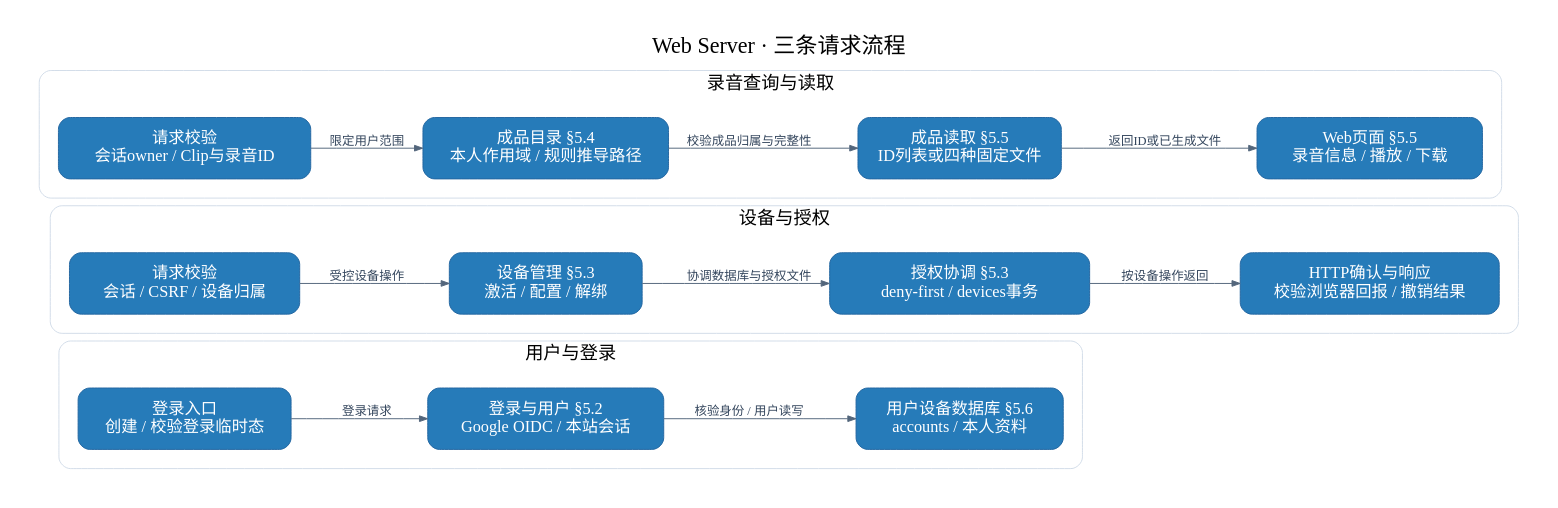
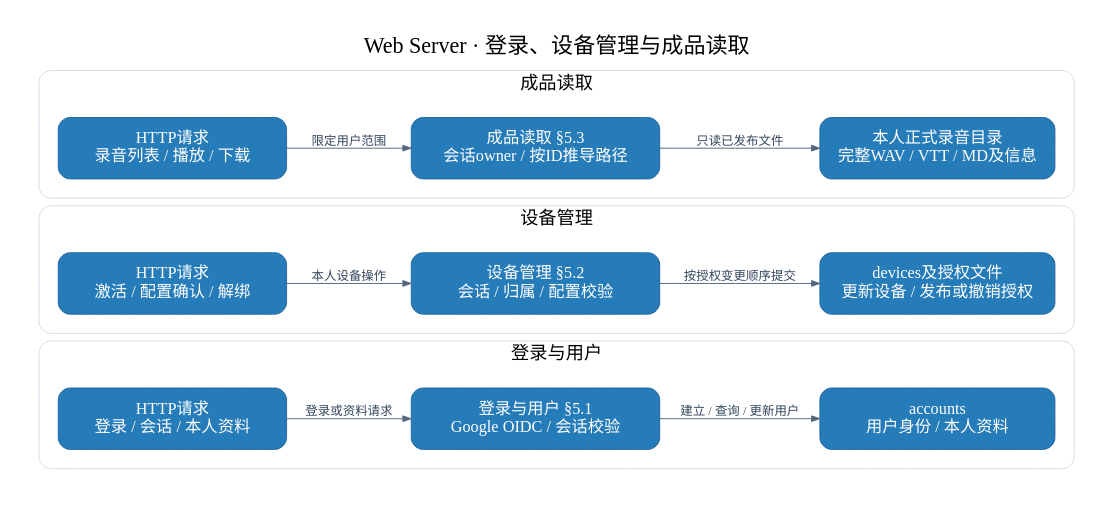
One commit to boboliu-1010/speaker changed the diagram in docs/assets/diagrams/10-web-components.dot. Above: the diagram before and after it, drawn with Graphviz. The commit also changed 2 other files, not shown here.

Commit message:
docs: simplify Web modules to login devices and finished recordings

```diff
--- a/docs/assets/diagrams/10-web-components.dot
+++ b/docs/assets/diagrams/10-web-components.dot
@@ -1,30 +1,35 @@
 digraph G {
-graph [rankdir=LR, bgcolor="white", pad="0.35", nodesep="0.45", ranksep="0.55", splines=line, fontname="PingFang SC", fontsize=23, labelloc=t, label="Web Server · 三条请求流程"];
+graph [rankdir=LR, bgcolor="white", pad="0.35", nodesep="0.45", ranksep="0.55", splines=line, fontname="PingFang SC", fontsize=23, labelloc=t, label="Web Server · 登录、设备管理与成品读取"];
 node [shape=box, style="rounded,filled", fillcolor="#267bb9", color="#2366a0", fontcolor=white, fontname="PingFang SC", fontsize=17, margin="0.22,0.18"];
 edge [fontname="PingFang SC", fontsize=13, color="#53667c", fontcolor="#34465d", arrowsize=0.85];
-subgraph cluster_0 { label="用户与登录"; color="#d1dce8"; style=rounded; fontsize=19; margin=20;
-auth_api [width=3.09, label="登录入口\n创建 / 校验登录临时态"];
-user [width=3.41, label="登录与用户 §5.2\nGoogle OIDC / 本站会话"];
-account [width=3.00, label="用户设备数据库 §5.6\naccounts / 本人资料"];
-auth_api -> user [label="登录请求"];
-user -> account [label="核验身份 / 用户读写"];
+subgraph cluster_0 { label="登录与用户"; color="#d1dce8"; style=rounded; fontsize=19; margin=20;
+auth_api [width=3.30, label="HTTP请求
+登录 / 会话 / 本人资料"];
+user [width=3.60, label="登录与用户 §5.1
+Google OIDC / 会话校验"];
+account [width=3.40, label="accounts
+用户身份 / 本人资料"];
+auth_api -> user [label="登录或资料请求"];
+user -> account [label="建立 / 查询 / 更新用户"];
 }
-subgraph cluster_1 { label="设备与授权"; color="#d1dce8"; style=rounded; fontsize=19; margin=20;
-device_api [width=3.34, label="请求校验\n会话 / CSRF / 设备归属"];
-device [width=2.79, label="设备管理 §5.3\n激活 / 配置 / 解绑"];
-project [width=3.76, label="授权协调 §5.3\ndeny-first / devices事务"];
-confirm [width=3.75, label="HTTP确认与响应\n校验浏览器回报 / 撤销结果"];
-device_api -> device [label="受控设备操作"];
-device -> project [label="协调数据库与授权文件"];
-project -> confirm [label="按设备操作返回"];
+subgraph cluster_1 { label="设备管理"; color="#d1dce8"; style=rounded; fontsize=19; margin=20;
+device_api [width=3.30, label="HTTP请求
+激活 / 配置确认 / 解绑"];
+device [width=3.60, label="设备管理 §5.2
+会话 / 归属 / 配置校验"];
+project [width=3.40, label="devices及授权文件
+更新设备 / 发布或撤销授权"];
+device_api -> device [label="本人设备操作"];
+device -> project [label="按授权变更顺序提交"];
 }
-subgraph cluster_2 { label="录音查询与读取"; color="#d1dce8"; style=rounded; fontsize=19; margin=20;
-record_api [width=3.65, label="请求校验\n会话owner / Clip与录音ID"];
-directory [width=3.56, label="成品目录 §5.4\n本人作用域 / 规则推导路径"];
-read [width=2.95, label="成品读取 §5.5\nID列表或四种固定文件"];
-page [width=3.26, label="Web页面 §5.5\n录音信息 / 播放 / 下载"];
-record_api -> directory [label="限定用户范围"];
-directory -> read [label="校验成品归属与完整性"];
-read -> page [label="返回ID或已生成文件"];
+subgraph cluster_2 { label="成品读取"; color="#d1dce8"; style=rounded; fontsize=19; margin=20;
+record_api [width=3.30, label="HTTP请求
+录音列表 / 播放 / 下载"];
+read [width=3.60, label="成品读取 §5.3
+会话owner / 按ID推导路径"];
+files [width=3.40, label="本人正式录音目录
+完整WAV / VTT / MD及信息"];
+record_api -> read [label="限定用户范围"];
+read -> files [label="只读已发布文件"];
 }
 }
```
